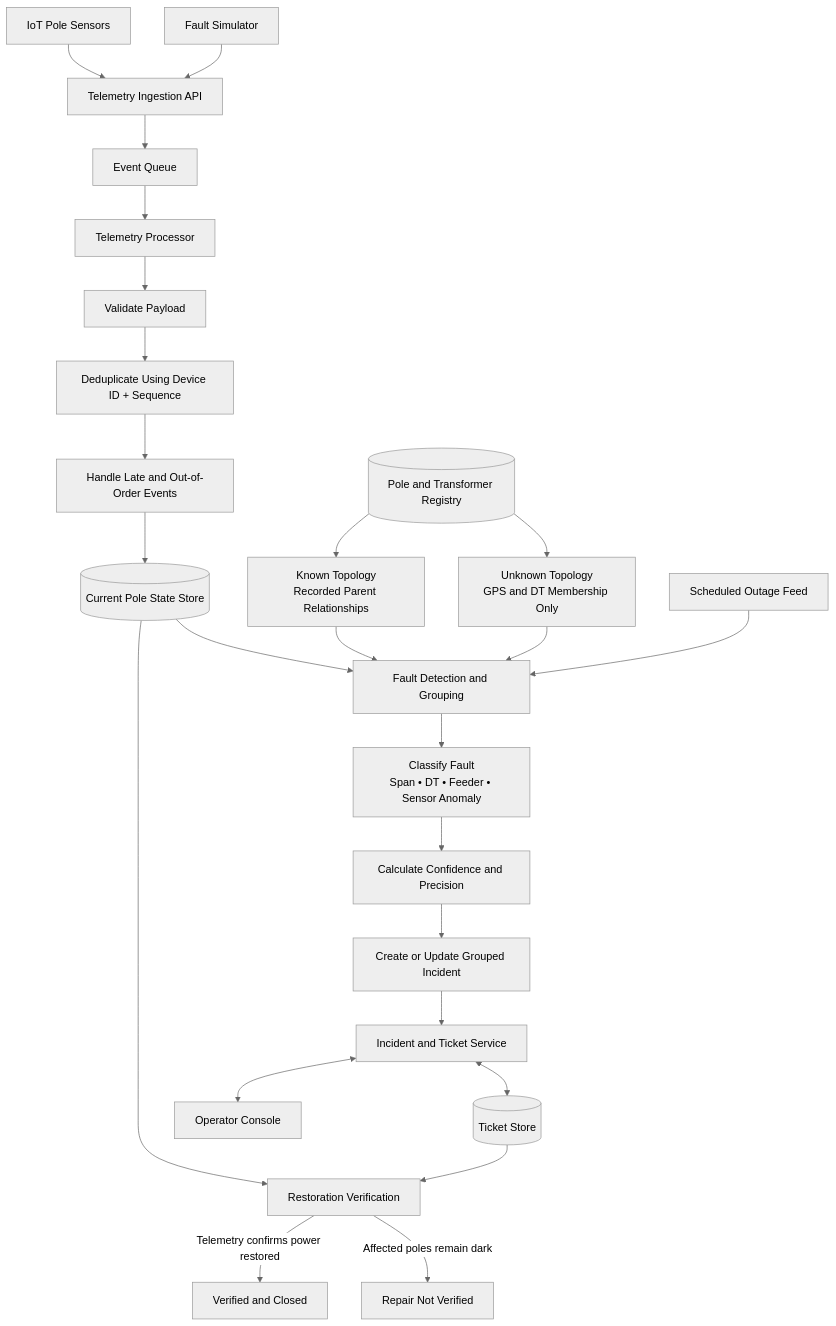
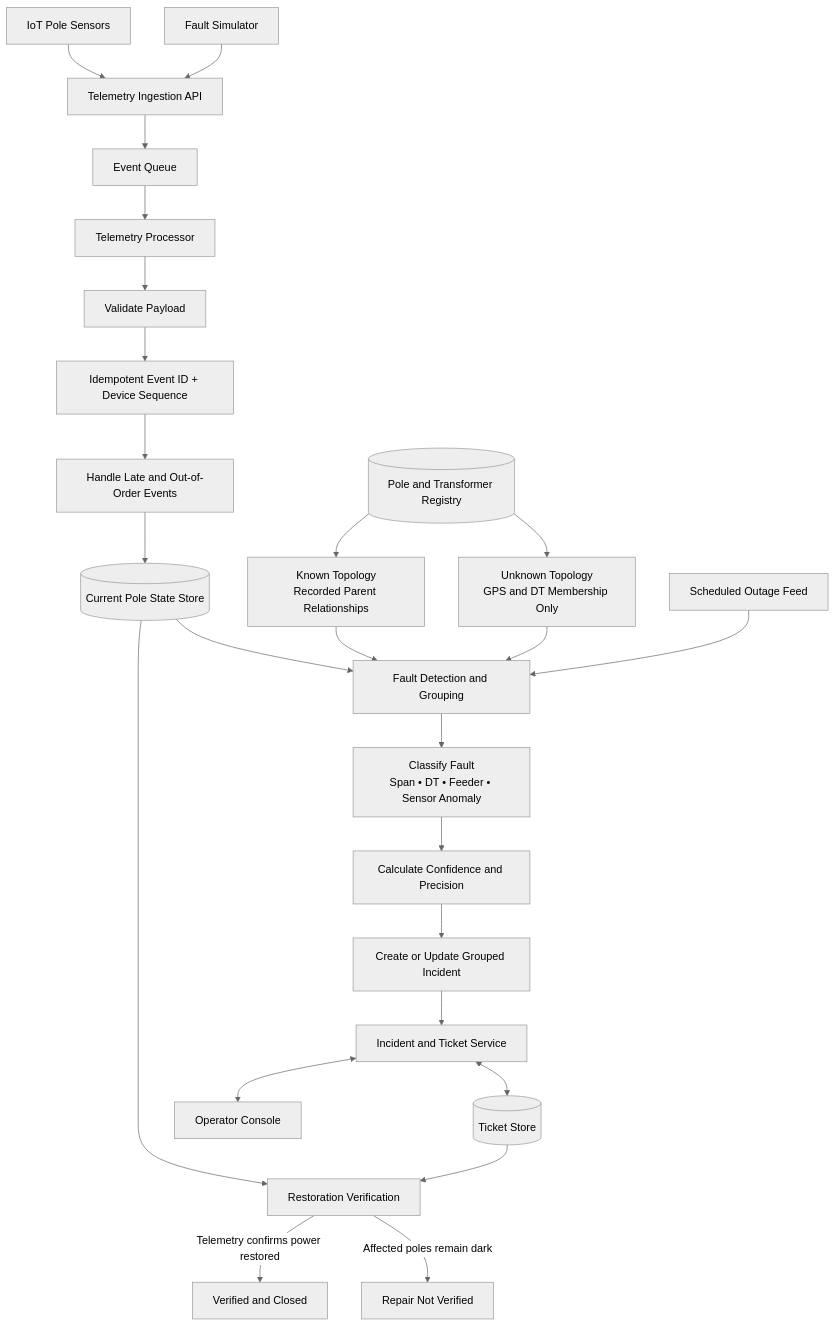
The first of 2 diagrams in docs/ARCHITECTURE.md (kkbot122/Propel-take-home-assignment), drawn with Mermaid (neutral theme) before and after one commit. The commit also changed other lines of this file and 15 other files, not shown here.

````diff
--- a/docs/ARCHITECTURE.md
+++ b/docs/ARCHITECTURE.md
@@ -67,44 +67,44 @@
 ```mermaid
 flowchart TD
     Sensors[IoT Pole Sensors]
     Simulator[Fault Simulator]
 
     Sensors --> API[Telemetry Ingestion API]
     Simulator --> API
 
     API --> Queue[Event Queue]
     Queue --> Processor[Telemetry Processor]
 
     Processor --> Validate[Validate Payload]
-    Validate --> Deduplicate[Deduplicate Using Device ID + Sequence]
+    Validate --> Deduplicate[Idempotent Event ID + Device Sequence]
     Deduplicate --> Order[Handle Late and Out-of-Order Events]
     Order --> State[(Current Pole State Store)]
 
     Registry[(Pole and Transformer Registry)]
     Known[Known Topology<br/>Recorded Parent Relationships]
     Unknown[Unknown Topology<br/>GPS and DT Membership Only]
 
     Registry --> Known
     Registry --> Unknown
 
     Scheduled[Scheduled Outage Feed]
 
     State --> Detection[Fault Detection and Grouping]
     Known --> Detection
     Unknown --> Detection
     Scheduled --> Detection
 
     Detection --> Classification[Classify Fault<br/>Span • DT • Feeder • Sensor Anomaly]
     Classification --> Confidence[Calculate Confidence and Precision]
     Confidence --> Incident[Create or Update Grouped Incident]
 
     Incident --> TicketService[Incident and Ticket Service]
     TicketService <--> TicketStore[(Ticket Store)]
     TicketService <--> Console[Operator Console]
 
     State --> Restore[Restoration Verification]
     TicketStore --> Restore
 
     Restore -->|Telemetry confirms power restored| Verified[Verified and Closed]
     Restore -->|Affected poles remain dark| Unverified[Repair Not Verified]
 ```
````
